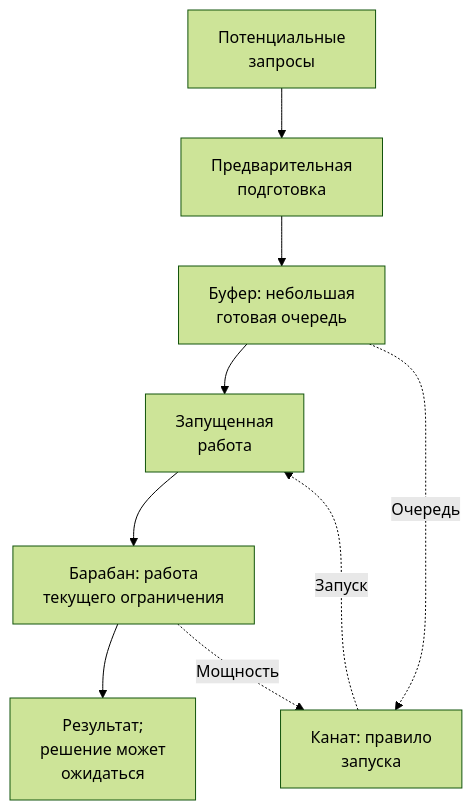
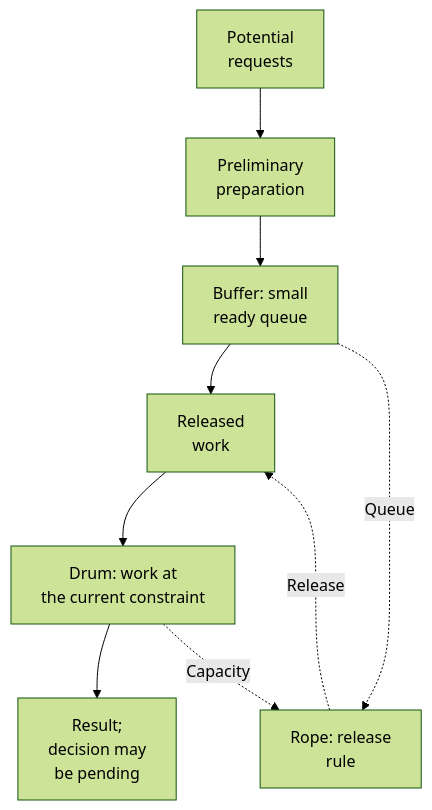
One commit to furytale/discovery-playbook changed the second of 2 diagrams in patterns/outsourcing-presales.md. Above: the diagram before and after it, drawn with Mermaid (forest theme). The commit also changed other lines of this file and 5 other files, not shown here.

````diff
--- a/patterns/outsourcing-presales.md
+++ b/patterns/outsourcing-presales.md
@@ -158,13 +158,13 @@
 ```mermaid
 flowchart TD
-    accTitle: Очередь discovery и управление запуском
-    accDescr: Концептуальная адаптация DBR. Потенциальные запросы проходят предварительную подготовку и попадают в небольшую готовую очередь перед работой ограничения. Правило запуска учитывает готовую очередь и доступную мощность, ограничивая новую активную работу. После анализа решение может ожидаться. Сплошные стрелки обозначают движение работы, пунктирные — сигналы управления.
-    Q["Потенциальные<br/>запросы"] --> P["Предварительная<br/>подготовка"]
-    P --> B["Буфер: небольшая<br/>готовая очередь"]
-    B --> A["Запущенная<br/>работа"]
-    A --> D["Барабан: работа<br/>текущего ограничения"]
-    D --> R["Результат;<br/>решение может<br/>ожидаться"]
-    C["Канат: правило<br/>запуска"] -.->|Запуск| A
-    B -.->|Очередь| C
-    D -.->|Мощность| C
+    accTitle: The discovery queue and work release
+    accDescr: A conceptual adaptation of DBR. Potential requests go through preliminary preparation and enter a small ready queue before work at the constraint. The release rule accounts for the ready queue and available capacity, limiting new active work. After analysis, a decision may remain pending. Solid arrows show the movement of work, and dotted arrows show control signals.
+    Q["Potential<br/>requests"] --> P["Preliminary<br/>preparation"]
+    P --> B["Buffer: small<br/>ready queue"]
+    B --> A["Released<br/>work"]
+    A --> D["Drum: work at<br/>the current constraint"]
+    D --> R["Result;<br/>decision may<br/>be pending"]
+    C["Rope: release<br/>rule"] -.->|Release| A
+    B -.->|Queue| C
+    D -.->|Capacity| C
 ```
````
